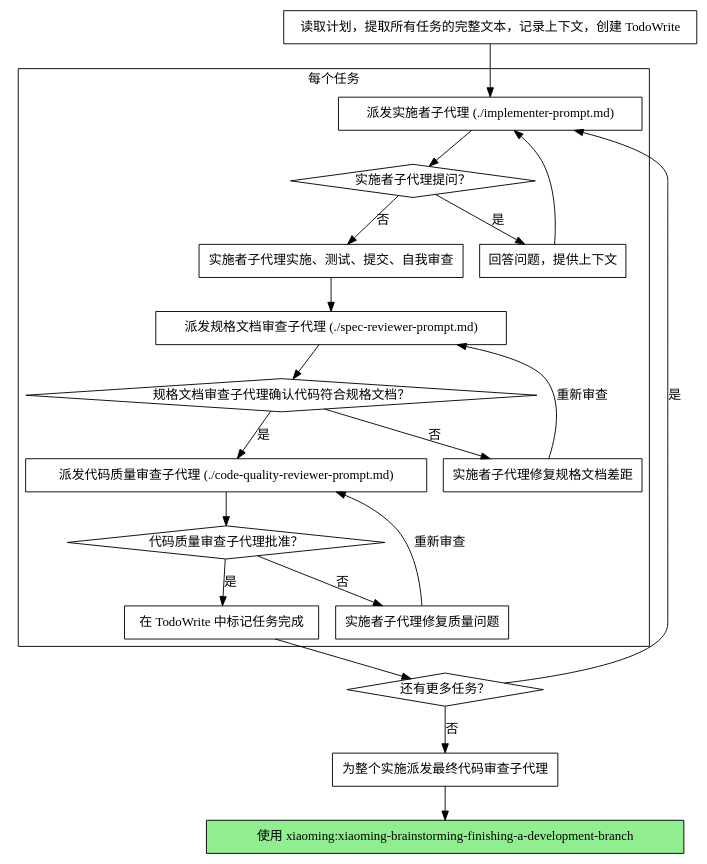
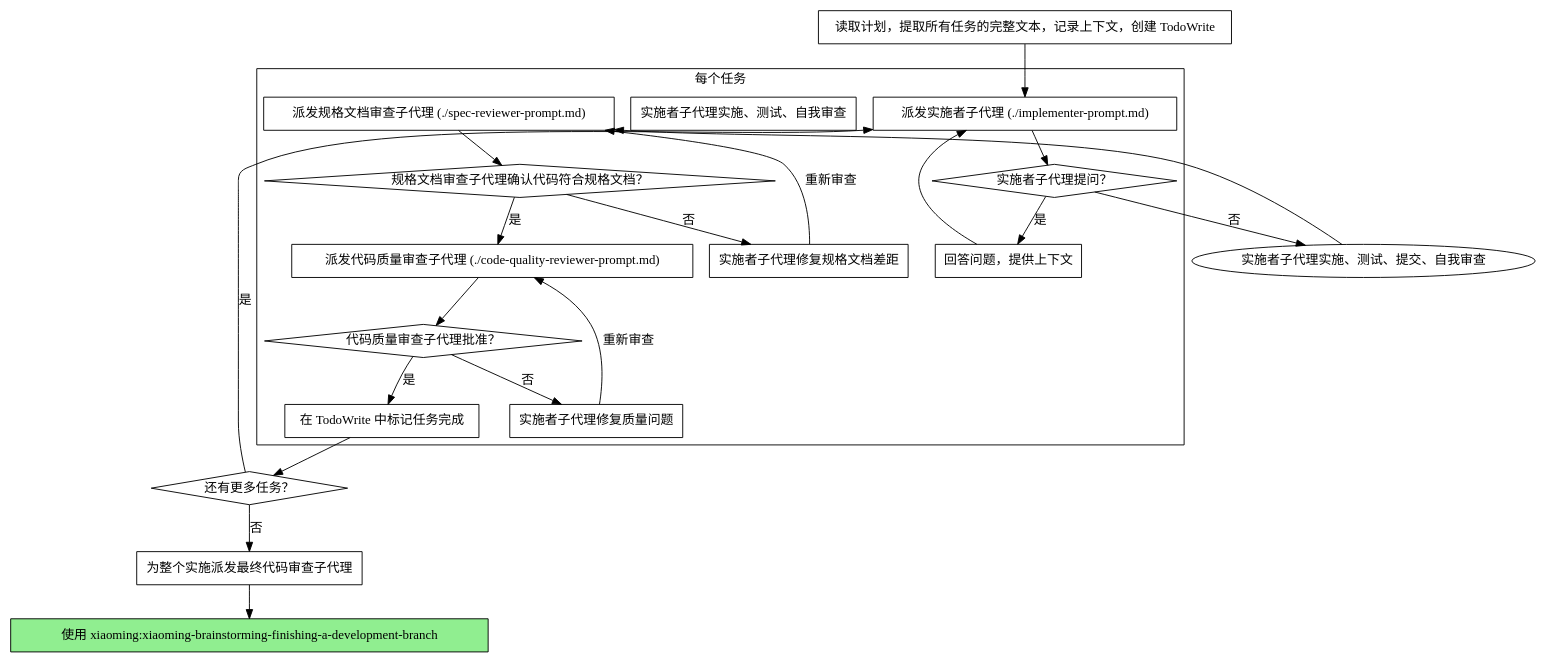
One commit to hj1003862396/xiaoming changed the second of 2 diagrams in skills/xiaoming-subagent-driven-development/SKILL.md. Above: the diagram before and after it, drawn with Graphviz. The commit also changed 3 other files, not shown here.

````diff
--- a/skills/xiaoming-subagent-driven-development/SKILL.md
+++ b/skills/xiaoming-subagent-driven-development/SKILL.md
@@ -44,44 +44,44 @@
 ```dot
 digraph process {
     rankdir=TB;
 
     subgraph cluster_per_task {
         label="每个任务";
         "派发实施者子代理 (./implementer-prompt.md)" [shape=box];
         "实施者子代理提问？" [shape=diamond];
         "回答问题，提供上下文" [shape=box];
-        "实施者子代理实施、测试、提交、自我审查" [shape=box];
+        "实施者子代理实施、测试、自我审查" [shape=box];
         "派发规格文档审查子代理 (./spec-reviewer-prompt.md)" [shape=box];
         "规格文档审查子代理确认代码符合规格文档？" [shape=diamond];
         "实施者子代理修复规格文档差距" [shape=box];
         "派发代码质量审查子代理 (./code-quality-reviewer-prompt.md)" [shape=box];
         "代码质量审查子代理批准？" [shape=diamond];
         "实施者子代理修复质量问题" [shape=box];
         "在 TodoWrite 中标记任务完成" [shape=box];
     }
 
     "读取计划，提取所有任务的完整文本，记录上下文，创建 TodoWrite" [shape=box];
     "还有更多任务？" [shape=diamond];
     "为整个实施派发最终代码审查子代理" [shape=box];
     "使用 xiaoming:xiaoming-brainstorming-finishing-a-development-branch" [shape=box style=filled fillcolor=lightgreen];
 
     "读取计划，提取所有任务的完整文本，记录上下文，创建 TodoWrite" -> "派发实施者子代理 (./implementer-prompt.md)";
     "派发实施者子代理 (./implementer-prompt.md)" -> "实施者子代理提问？";
     "实施者子代理提问？" -> "回答问题，提供上下文" [label="是"];
     "回答问题，提供上下文" -> "派发实施者子代理 (./implementer-prompt.md)";
     "实施者子代理提问？" -> "实施者子代理实施、测试、提交、自我审查" [label="否"];
     "实施者子代理实施、测试、提交、自我审查" -> "派发规格文档审查子代理 (./spec-reviewer-prompt.md)";
     "派发规格文档审查子代理 (./spec-reviewer-prompt.md)" -> "规格文档审查子代理确认代码符合规格文档？";
     "规格文档审查子代理确认代码符合规格文档？" -> "实施者子代理修复规格文档差距" [label="否"];
     "实施者子代理修复规格文档差距" -> "派发规格文档审查子代理 (./spec-reviewer-prompt.md)" [label="重新审查"];
     "规格文档审查子代理确认代码符合规格文档？" -> "派发代码质量审查子代理 (./code-quality-reviewer-prompt.md)" [label="是"];
     "派发代码质量审查子代理 (./code-quality-reviewer-prompt.md)" -> "代码质量审查子代理批准？";
     "代码质量审查子代理批准？" -> "实施者子代理修复质量问题" [label="否"];
     "实施者子代理修复质量问题" -> "派发代码质量审查子代理 (./code-quality-reviewer-prompt.md)" [label="重新审查"];
     "代码质量审查子代理批准？" -> "在 TodoWrite 中标记任务完成" [label="是"];
     "在 TodoWrite 中标记任务完成" -> "还有更多任务？";
     "还有更多任务？" -> "派发实施者子代理 (./implementer-prompt.md)" [label="是"];
     "还有更多任务？" -> "为整个实施派发最终代码审查子代理" [label="否"];
     "为整个实施派发最终代码审查子代理" -> "使用 xiaoming:xiaoming-brainstorming-finishing-a-development-branch";
 }
 ```
````
